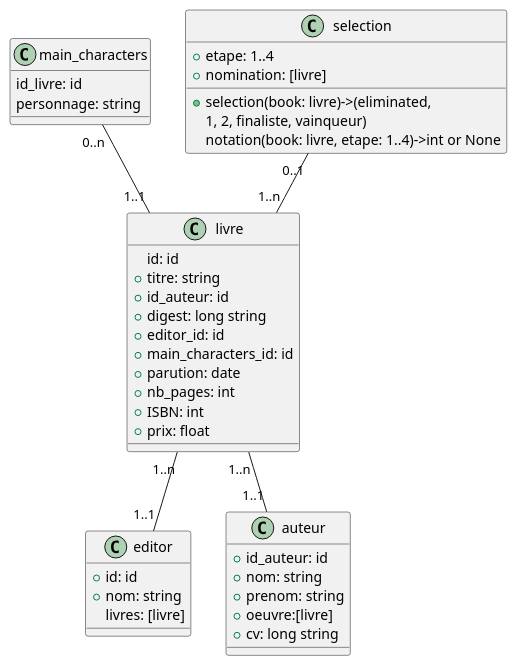
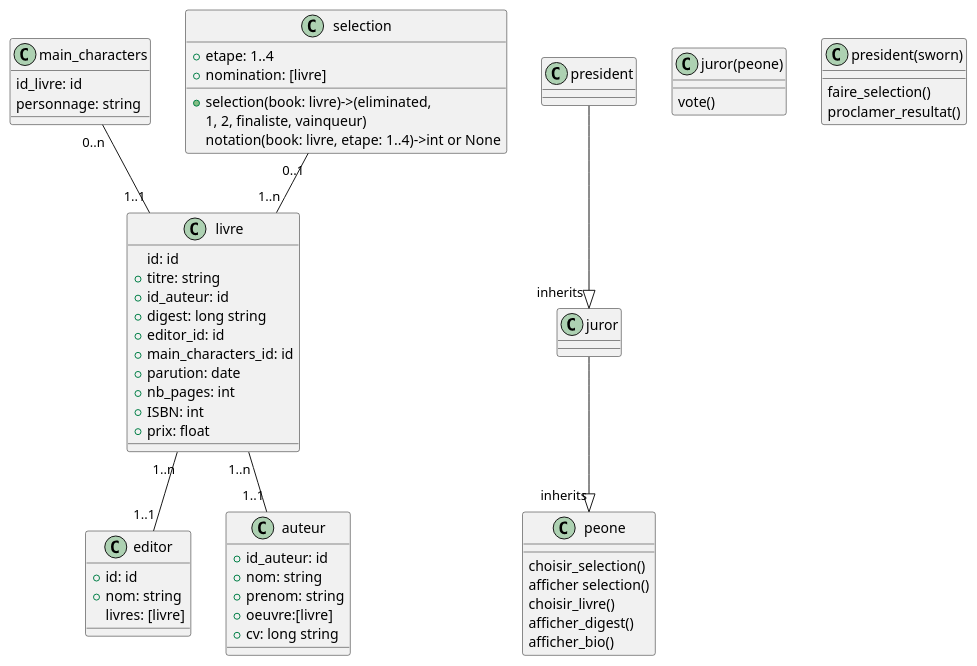
The diagram in GoncourtClass.puml (ayl001/goncourt.online), drawn with PlantUML before and after one commit. The commit also changed 3 other files, not shown here.

```diff
--- a/GoncourtClass.puml
+++ b/GoncourtClass.puml
@@ -1,43 +1,59 @@
 @startuml
 'https://plantuml.com/class-diagram
 class livre{
 id: id
 +titre: string
 +id_auteur: id
 +digest: long string
 +editor_id: id
 +main_characters_id: id
 +parution: date
 +nb_pages: int
 +ISBN: int
 +prix: float
 }
 class main_characters {
 id_livre: id
 personnage: string
 }
 class editor {
 +id: id
 +nom: string
 livres: [livre]
 }
 class auteur{
 +id_auteur: id
 +nom: string
 +prenom: string
 +oeuvre:[livre]
 +cv: long string
 }
 
 class selection{
 +etape: 1..4
 +nomination: [livre]
 + selection(book: livre)->(eliminated,
 1, 2, finaliste, vainqueur)
 notation(book: livre, etape: 1..4)->int or None
 }
+class peone{
+    choisir_selection()
+    afficher selection()
+    choisir_livre()
+    afficher_digest()
+    afficher_bio()
+ }
+ class juror(peone){
+    vote()
+ }
+ class president(sworn){
+    faire_selection()
+    proclamer_resultat()
+ }
 livre"1..n"--"1..1"editor
 livre"1..n"--"1..1"auteur
 selection"0..1"--"1..n"livre
 main_characters"0..n"--"1..1"livre
+president--|>"inherits"juror
+juror--|>"inherits"peone
 @enduml
```
